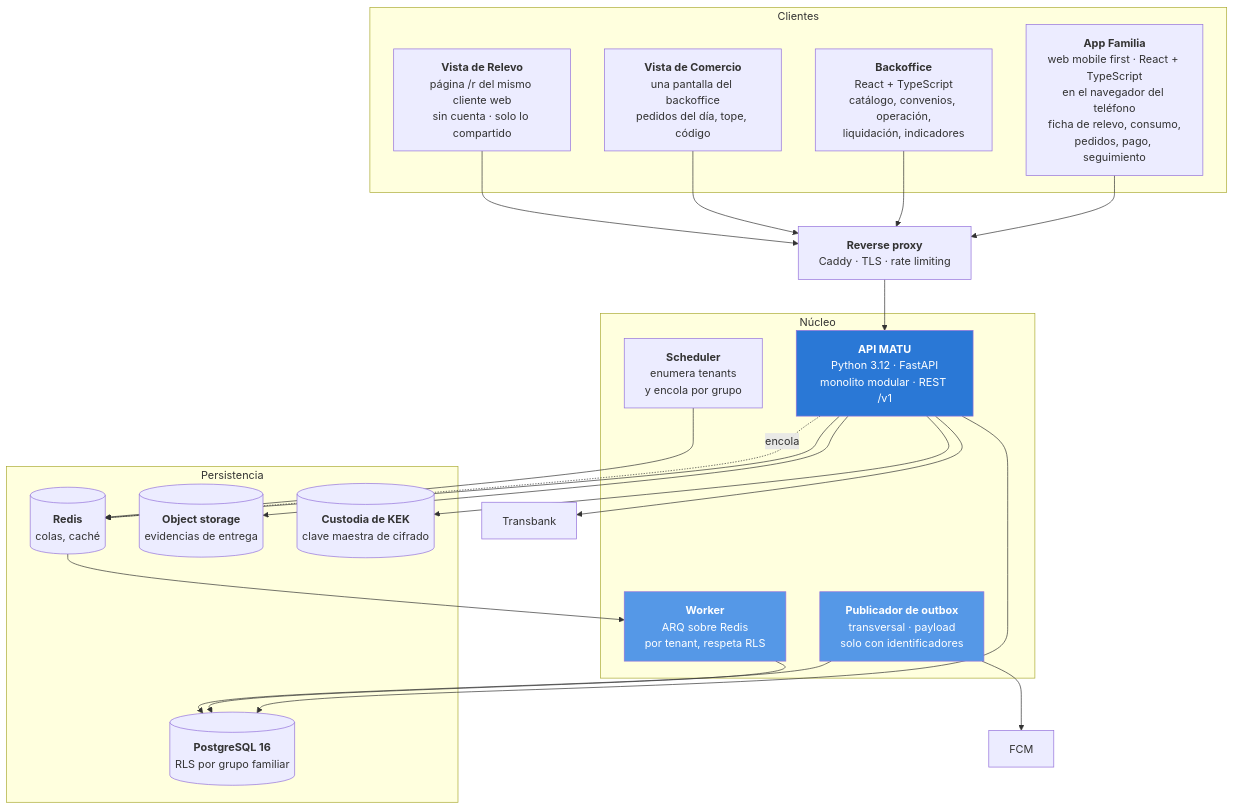
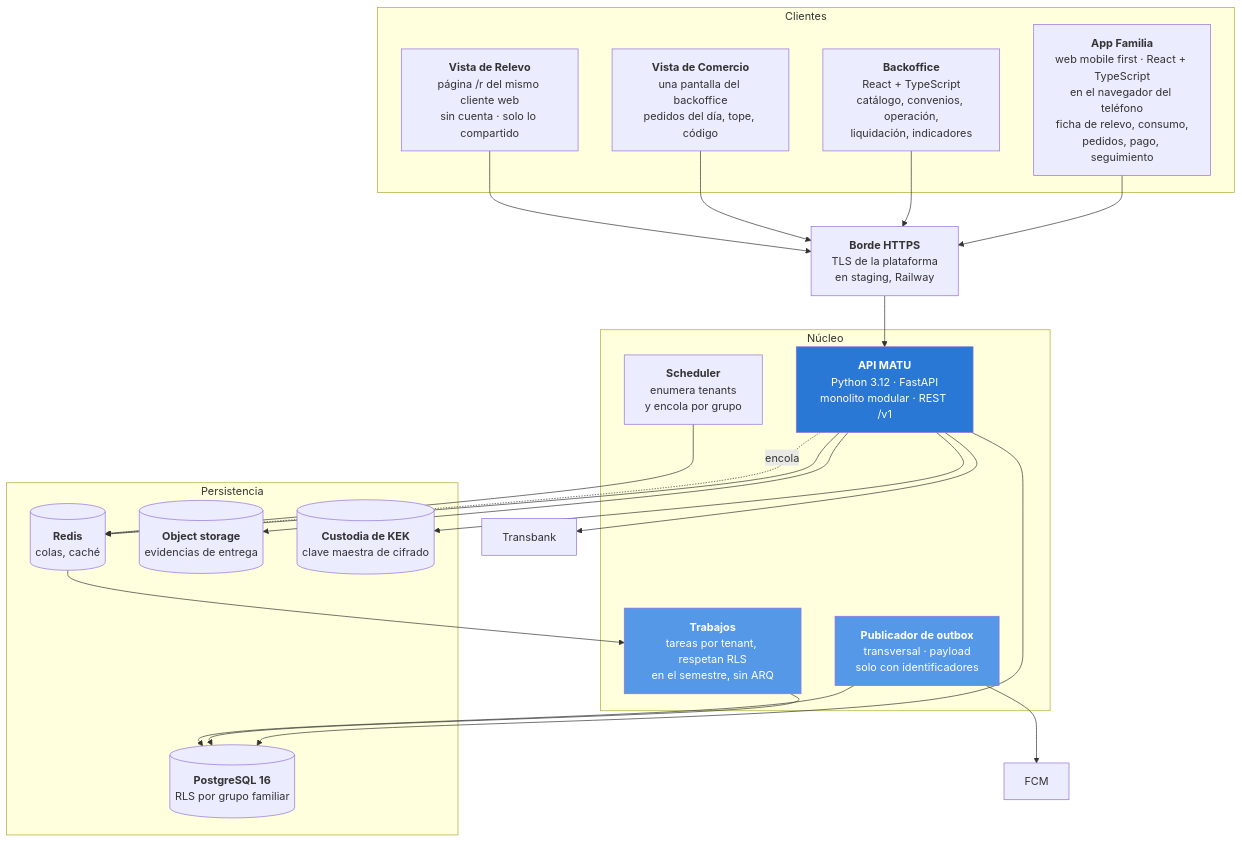
The third of 11 diagrams in docs/arquitectura.md (MartinHenriquez131/MATU), drawn with Mermaid before and after one commit. The commit also changed other lines of this file, not shown here.

````diff
--- a/docs/arquitectura.md
+++ b/docs/arquitectura.md
@@ -341,46 +341,46 @@
 ```mermaid
 graph TB
     subgraph "Clientes"
         AF["<b>App Familia</b><br/>web mobile first · React + TypeScript<br/>en el navegador del teléfono<br/>ficha de relevo, consumo,<br/>pedidos, pago, seguimiento"]
         BO["<b>Backoffice</b><br/>React + TypeScript<br/>catálogo, convenios, operación,<br/>liquidación, indicadores"]
         VC["<b>Vista de Comercio</b><br/>una pantalla del backoffice<br/>pedidos del día, tope, código"]
         VR["<b>Vista de Relevo</b><br/>página /r del mismo cliente web<br/>sin cuenta · solo lo compartido"]
     end
 
-    GW["<b>Reverse proxy</b><br/>Caddy · TLS · rate limiting"]
+    GW["<b>Borde HTTPS</b><br/>TLS de la plataforma<br/>en staging, Railway"]
 
     subgraph "Núcleo"
         API["<b>API MATU</b><br/>Python 3.12 · FastAPI<br/>monolito modular · REST /v1"]
-        WK["<b>Worker</b><br/>ARQ sobre Redis<br/>por tenant, respeta RLS"]
+        WK["<b>Trabajos</b><br/>tareas por tenant, respetan RLS<br/>en el semestre, sin ARQ"]
         PUB["<b>Publicador de outbox</b><br/>transversal · payload<br/>solo con identificadores"]
         SCH["<b>Scheduler</b><br/>enumera tenants<br/>y encola por grupo"]
     end
 
     subgraph "Persistencia"
         PG[("<b>PostgreSQL 16</b><br/>RLS por grupo familiar")]
         RD[("<b>Redis</b><br/>colas, caché")]
         S3[("<b>Object storage</b><br/>evidencias de entrega")]
         KM[("<b>Custodia de KEK</b><br/>clave maestra de cifrado")]
     end
 
     AF --> GW
     BO --> GW
     VC --> GW
     VR --> GW
     GW --> API
     API --> PG
     API --> RD
     API --> S3
     API --> KM
     API -.->|encola| RD
     RD --> WK
     SCH --> RD
     WK --> PG
     PUB --> PG
     PUB --> FCM["FCM"]
     API --> TB["Transbank"]
 
     style API fill:#2a78d6,color:#fff
     style WK fill:#5598e7,color:#fff
     style PUB fill:#5598e7,color:#fff
 ```
````
